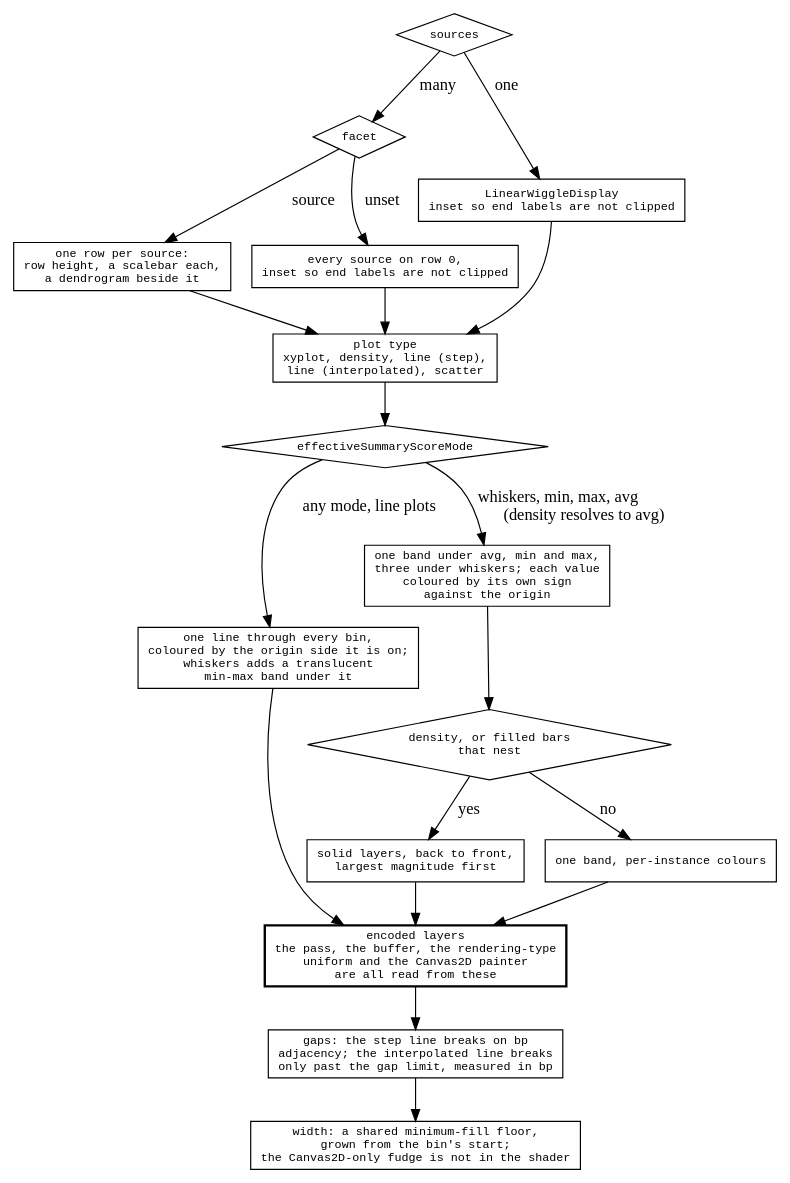
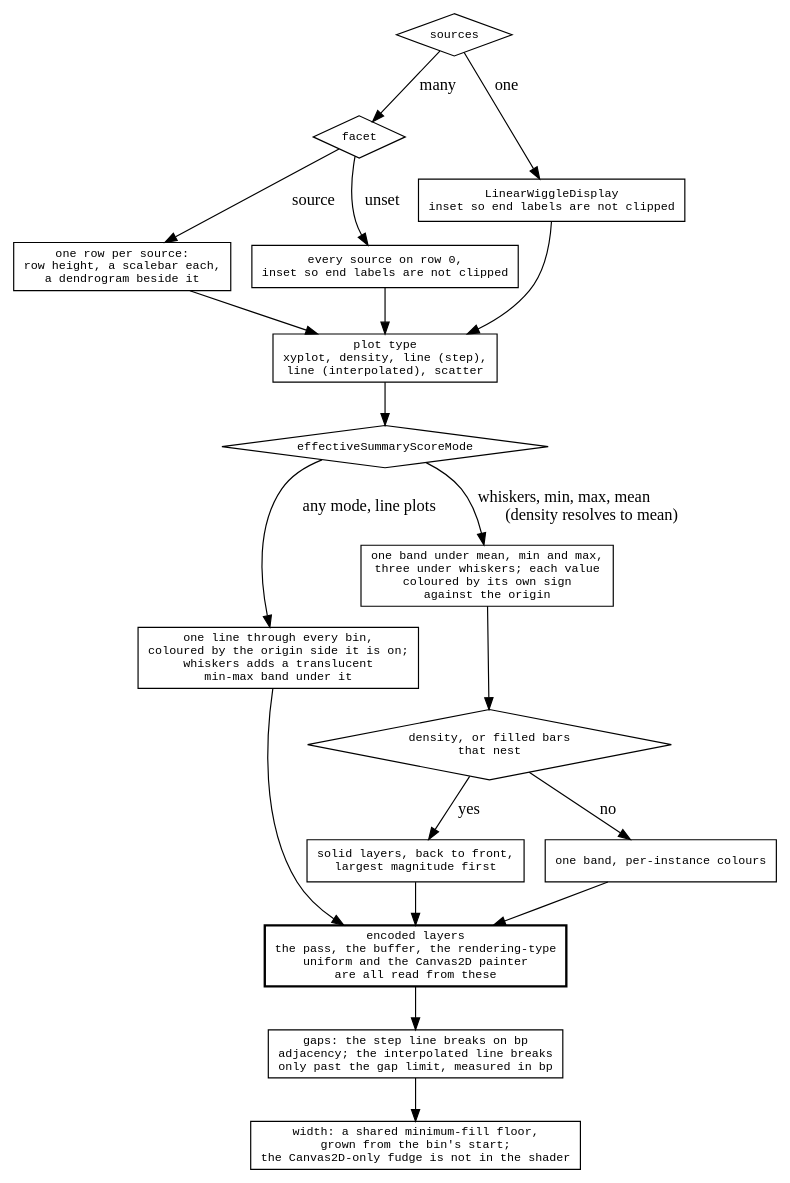
One commit to GMOD/jbrowse-components changed the diagram in agent-docs/mechanisms/diagrams/wiggle-shape.dot. Above: the diagram before and after it, drawn with Graphviz. The commit also changed 21 other files, not shown here.

```diff
--- a/agent-docs/mechanisms/diagrams/wiggle-shape.dot
+++ b/agent-docs/mechanisms/diagrams/wiggle-shape.dot
@@ -1,40 +1,40 @@
 digraph wiggle_shape {
   rankdir=TB
   node [shape=box fontname=monospace fontsize=10]
   { node [shape=diamond] many; layout; summary; nests }
 
   many [label="sources"]
   many -> single [label=" one"]
   many -> layout [label=" many"]
   single [label="LinearWiggleDisplay\ninset so end labels are not clipped"]
 
   layout [label="facet"]
   layout -> multirow [label=" source"]
   layout -> overlay  [label=" unset"]
   multirow [label="one row per source:\nrow height, a scalebar each,\na dendrogram beside it"]
   overlay  [label="every source on row 0,\ninset so end labels are not clipped"]
 
   plot [label="plot type\nxyplot, density, line (step),\nline (interpolated), scatter"]
   single -> plot  multirow -> plot  overlay -> plot
 
   summary [label="effectiveSummaryScoreMode"]
   plot -> summary
   summary -> range [label=" any mode, line plots"]
-  summary -> bands [label=" whiskers, min, max, avg\l (density resolves to avg)"]
+  summary -> bands [label=" whiskers, min, max, mean\l (density resolves to mean)"]
   range [label="one line through every bin,\ncoloured by the origin side it is on;\nwhiskers adds a translucent\nmin-max band under it"]
-  bands [label="one band under avg, min and max,\nthree under whiskers; each value\ncoloured by its own sign\nagainst the origin"]
+  bands [label="one band under mean, min and max,\nthree under whiskers; each value\ncoloured by its own sign\nagainst the origin"]
 
   nests [label="density, or filled bars\nthat nest"]
   bands -> nests
   nests -> split [label=" yes"]
   nests -> whole [label=" no"]
   split [label="solid layers, back to front,\nlargest magnitude first"]
   whole [label="one band, per-instance colours"]
 
   encoded [label="encoded layers\nthe pass, the buffer, the rendering-type\nuniform and the Canvas2D painter\nare all read from these", style=bold]
   split -> encoded  whole -> encoded  range -> encoded
 
   gaps  [label="gaps: the step line breaks on bp\nadjacency; the interpolated line breaks\nonly past the gap limit, measured in bp"]
   width [label="width: a shared minimum-fill floor,\ngrown from the bin's start;\nthe Canvas2D-only fudge is not in the shader"]
   encoded -> gaps -> width
 }
```
